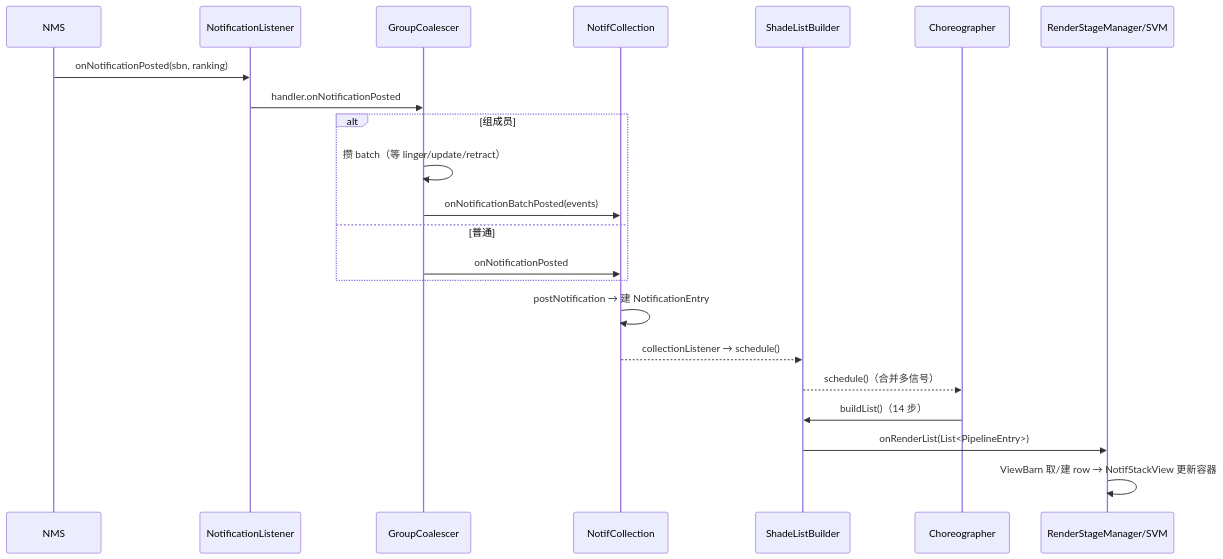
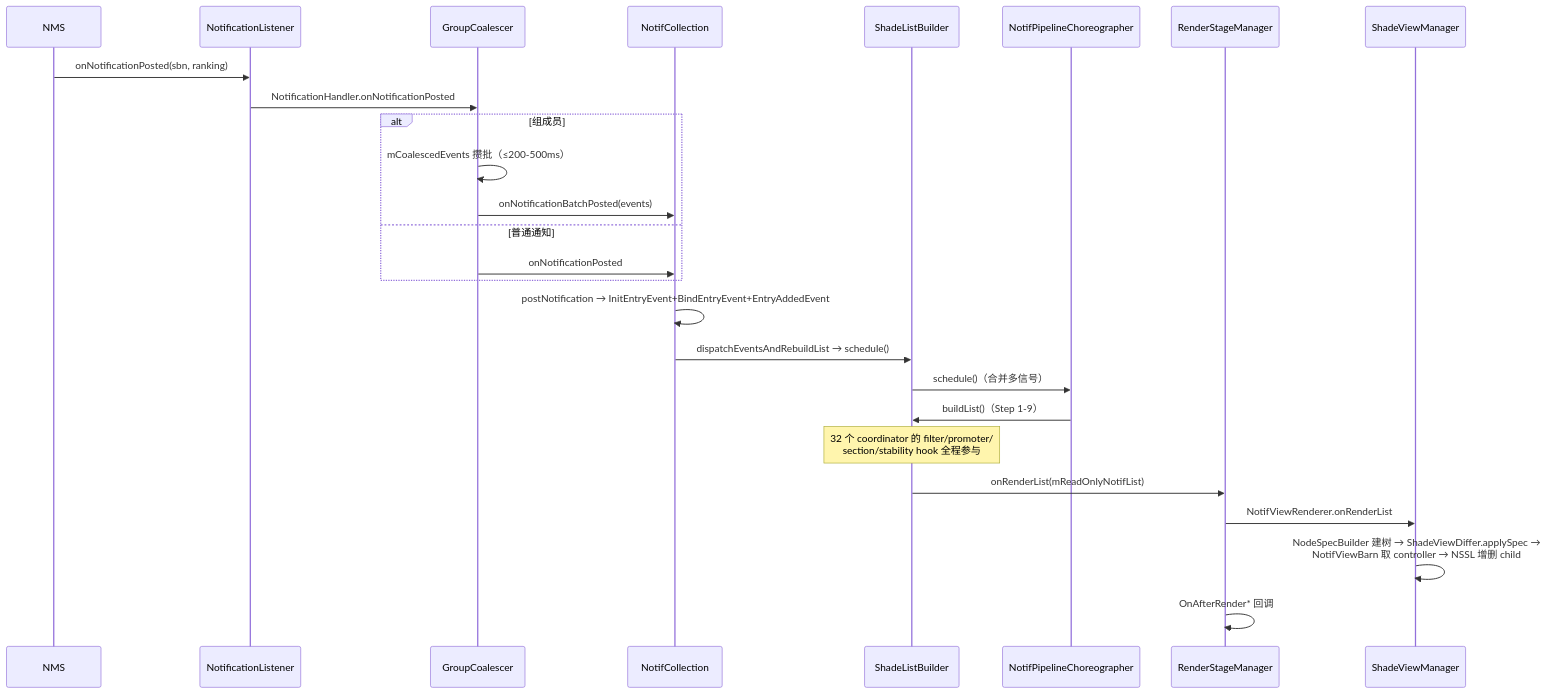
Before and after one commit to chenpeigen2/SystemUI-Gradle: the diagram in docs/architecture/notifications/01-ingress-pipeline.md, drawn with Mermaid. The commit also changed other lines of this file and 7 other files, not shown here.

````diff
--- a/docs/architecture/notifications/01-ingress-pipeline.md
+++ b/docs/architecture/notifications/01-ingress-pipeline.md
@@ -87,25 +342,29 @@
 ```mermaid
 sequenceDiagram
     participant NMS
     participant L as NotificationListener
     participant CO as GroupCoalescer
     participant COL as NotifCollection
     participant B as ShadeListBuilder
-    participant CH as Choreographer
-    participant R as RenderStageManager/SVM
+    participant CH as NotifPipelineChoreographer
+    participant R as RenderStageManager
+    participant SVM as ShadeViewManager
 
     NMS->>L: onNotificationPosted(sbn, ranking)
-    L->>CO: handler.onNotificationPosted
+    L->>CO: NotificationHandler.onNotificationPosted
     alt 组成员
-        CO->>CO: 攒 batch（等 linger/update/retract）
+        CO->>CO: mCoalescedEvents 攒批（≤200-500ms）
         CO->>COL: onNotificationBatchPosted(events)
-    else 普通
+    else 普通通知
         CO->>COL: onNotificationPosted
     end
-    COL->>COL: postNotification → 建 NotificationEntry
-    COL-->>B: collectionListener → schedule()
-    B-->>CH: schedule()（合并多信号）
-    CH->>B: buildList()（14 步）
-    B->>R: onRenderList(List<PipelineEntry>)
-    R->>R: ViewBarn 取/建 row → NotifStackView 更新容器
+    COL->>COL: postNotification → InitEntryEvent+BindEntryEvent+EntryAddedEvent
+    COL->>B: dispatchEventsAndRebuildList → schedule()
+    B->>CH: schedule()（合并多信号）
+    CH->>B: buildList()（Step 1-9）
+    Note over B: 32 个 coordinator 的 filter/promoter/<br/>section/stability hook 全程参与
+    B->>R: onRenderList(mReadOnlyNotifList)
+    R->>SVM: NotifViewRenderer.onRenderList
+    SVM->>SVM: NodeSpecBuilder 建树 → ShadeViewDiffer.applySpec →<br/>NotifViewBarn 取 controller → NSSL 增删 child
+    R->>R: OnAfterRender* 回调
 ```
````
